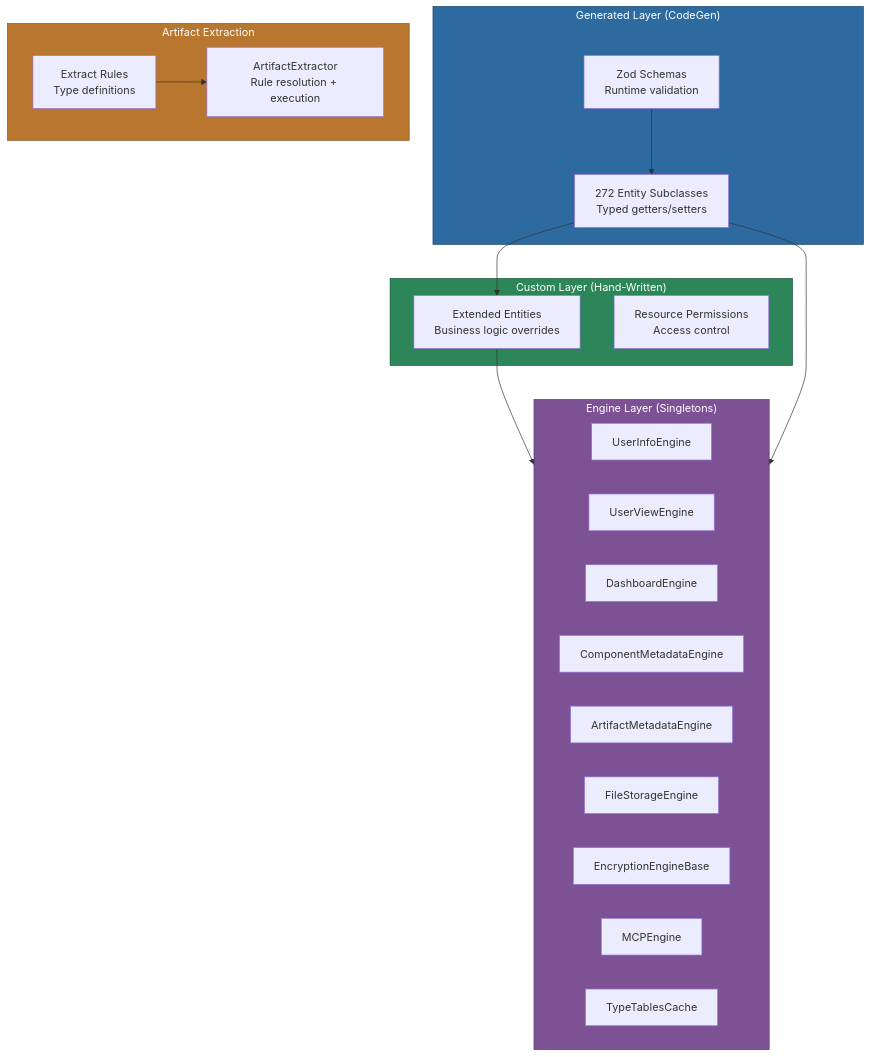
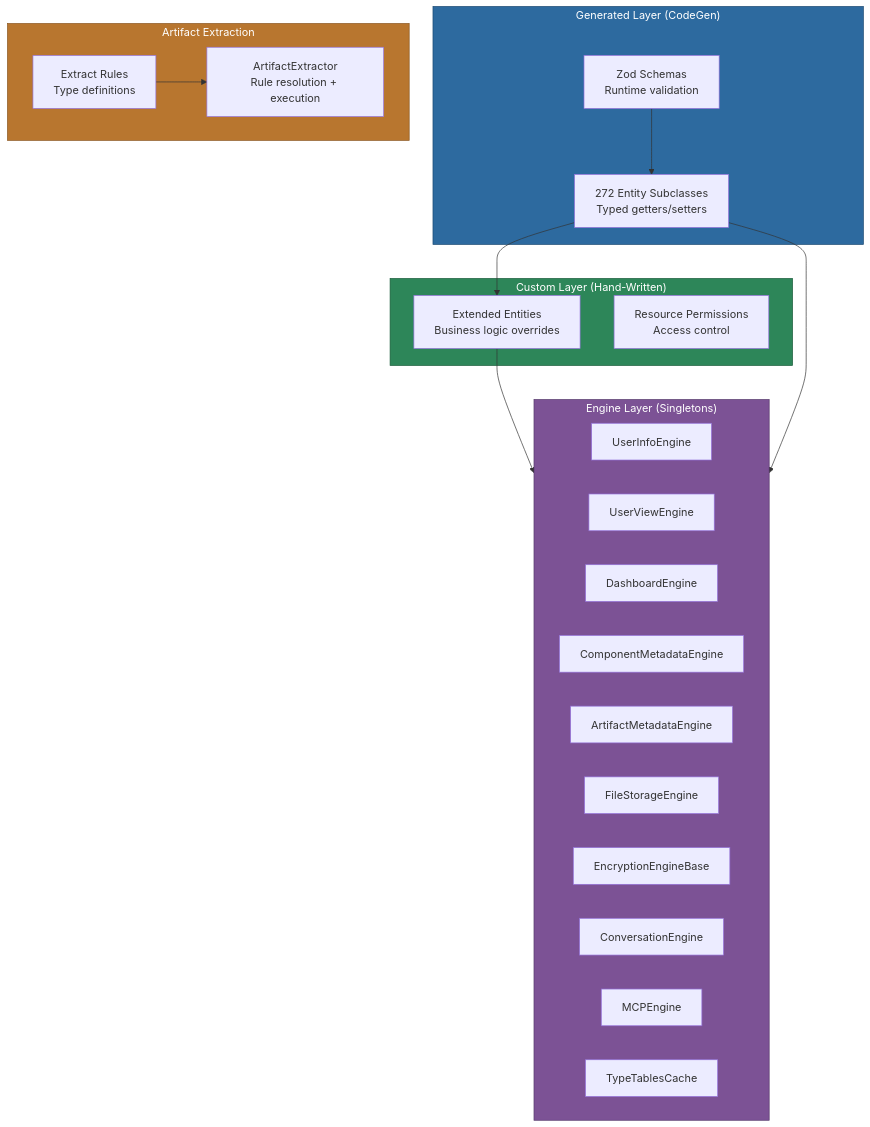
Before and after one commit to MemberJunction/MJ: the first of 4 diagrams in packages/MJCoreEntities/readme.md, drawn with Mermaid. The commit also changed other lines of this file and 39 other files, not shown here.

First line of the commit message:
feat: agent client SDK refactor, ConversationEngine, chat overlay

````diff
--- a/packages/MJCoreEntities/readme.md
+++ b/packages/MJCoreEntities/readme.md
@@ -17,40 +17,41 @@
 ```mermaid
 flowchart TD
     subgraph Generated["Generated Layer (CodeGen)"]
         ZOD["Zod Schemas<br/>Runtime validation"]
         ENT["272 Entity Subclasses<br/>Typed getters/setters"]
     end
 
     subgraph Custom["Custom Layer (Hand-Written)"]
         EXT["Extended Entities<br/>Business logic overrides"]
         RPE["Resource Permissions<br/>Access control"]
     end
 
     subgraph Engines["Engine Layer (Singletons)"]
         UIE["UserInfoEngine"]
         UVE["UserViewEngine"]
         DE["DashboardEngine"]
         CME["ComponentMetadataEngine"]
         AME["ArtifactMetadataEngine"]
         FE["FileStorageEngine"]
         EE["EncryptionEngineBase"]
+        CE["ConversationEngine"]
         ME["MCPEngine"]
         TTC["TypeTablesCache"]
     end
 
     subgraph Extraction["Artifact Extraction"]
         AER["Extract Rules<br/>Type definitions"]
         AEX["ArtifactExtractor<br/>Rule resolution + execution"]
     end
 
     ENT --> EXT
     ZOD --> ENT
     EXT --> Engines
     ENT --> Engines
     AER --> AEX
 
     style Generated fill:#2d6a9f,stroke:#1a4971,color:#fff
     style Custom fill:#2d8659,stroke:#1a5c3a,color:#fff
     style Engines fill:#7c5295,stroke:#563a6b,color:#fff
     style Extraction fill:#b8762f,stroke:#8a5722,color:#fff
 ```
````
